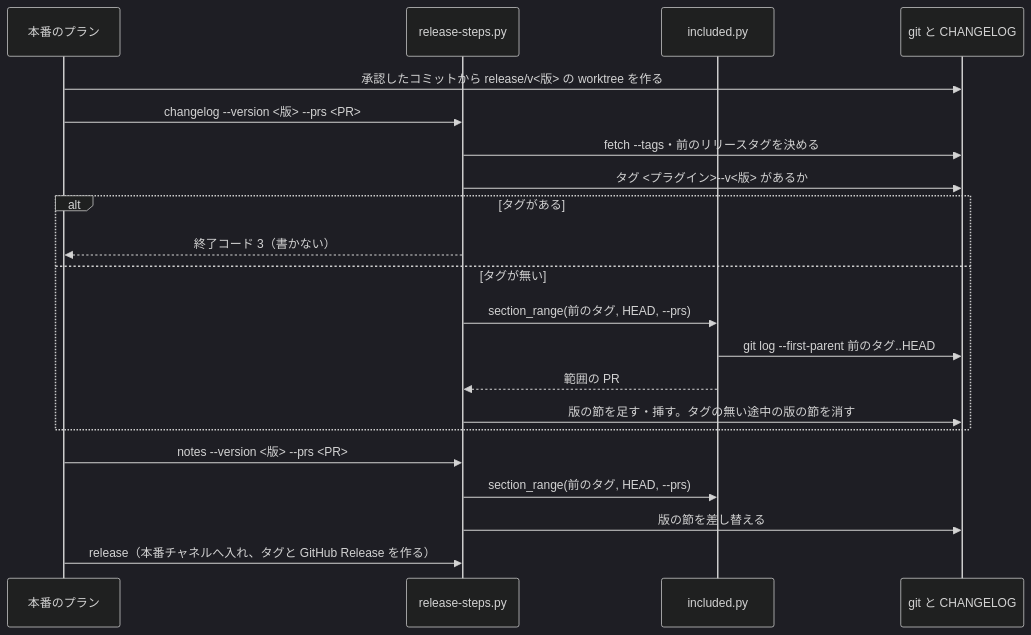
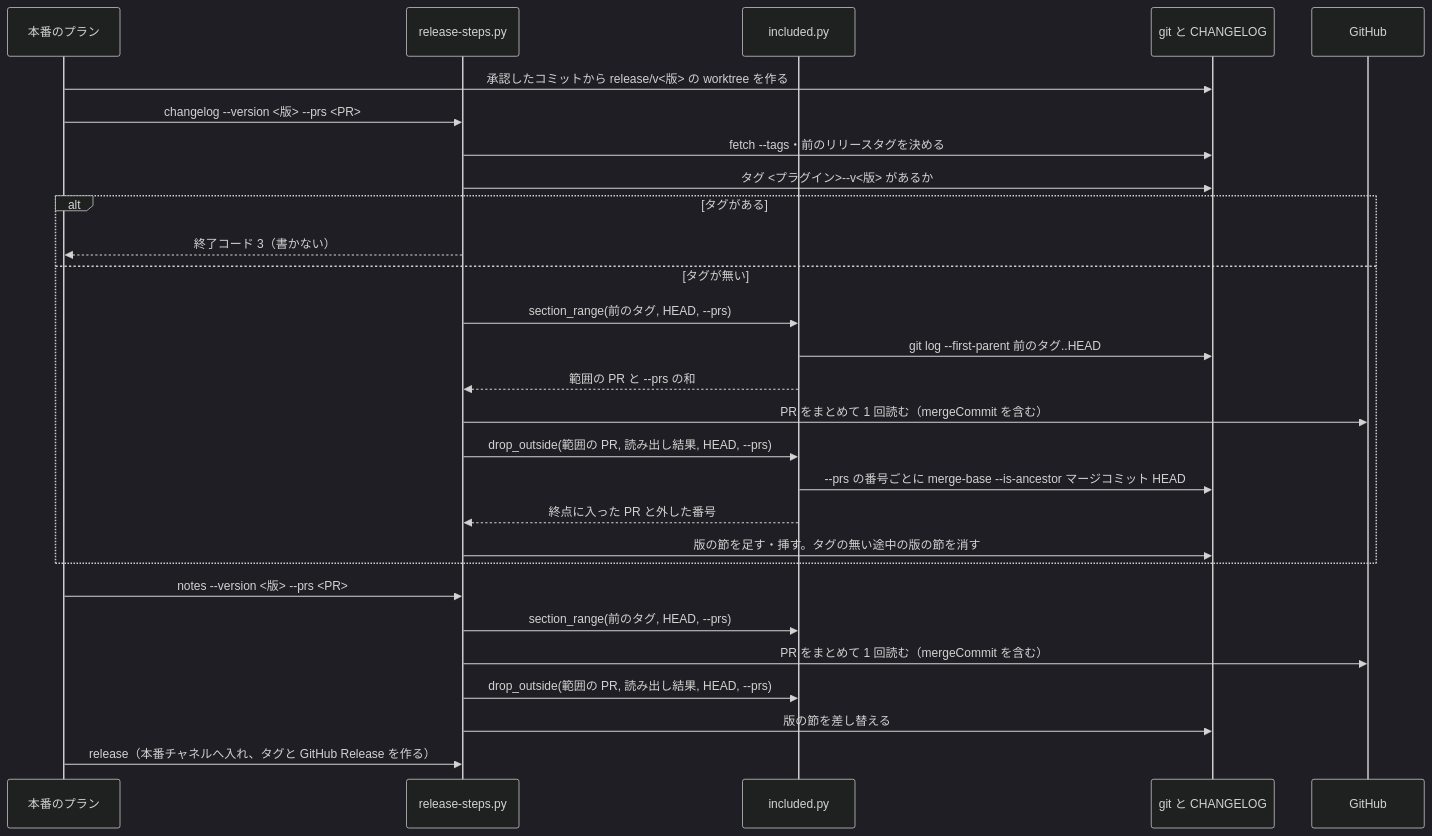
One commit to devbasex/ai-plugins changed the second of 2 diagrams in issues/issue-2555-design.md. Above: the diagram before and after it, drawn with Mermaid (dark theme). The commit also changed other lines of this file, not shown here.

First line of the commit message:
design(#2555): --prs の終点の確かめを既存の PR のまとめ読みの結果で行い、GitHub への読みを足さない

````diff
--- a/issues/issue-2555-design.md
+++ b/issues/issue-2555-design.md
@@ -194,23 +199,30 @@
 ```mermaid
 sequenceDiagram
     participant P as 本番のプラン
     participant R as release-steps.py
     participant I as included.py
     participant G as git と CHANGELOG
+    participant H as GitHub
     P->>G: 承認したコミットから release/v<版> の worktree を作る
     P->>R: changelog --version <版> --prs <PR>
     R->>G: fetch --tags・前のリリースタグを決める
     R->>G: タグ <プラグイン>--v<版> があるか
     alt タグがある
         R-->>P: 終了コード 3（書かない）
     else タグが無い
         R->>I: section_range(前のタグ, HEAD, --prs)
         I->>G: git log --first-parent 前のタグ..HEAD
-        I-->>R: 範囲の PR
+        I-->>R: 範囲の PR と --prs の和
+        R->>H: PR をまとめて 1 回読む（mergeCommit を含む）
+        R->>I: drop_outside(範囲の PR, 読み出し結果, HEAD, --prs)
+        I->>G: --prs の番号ごとに merge-base --is-ancestor マージコミット HEAD
+        I-->>R: 終点に入った PR と外した番号
         R->>G: 版の節を足す・挿す。タグの無い途中の版の節を消す
     end
     P->>R: notes --version <版> --prs <PR>
     R->>I: section_range(前のタグ, HEAD, --prs)
+    R->>H: PR をまとめて 1 回読む（mergeCommit を含む）
+    R->>I: drop_outside(範囲の PR, 読み出し結果, HEAD, --prs)
     R->>G: 版の節を差し替える
     P->>R: release（本番チャネルへ入れ、タグと GitHub Release を作る）
 ```
````
